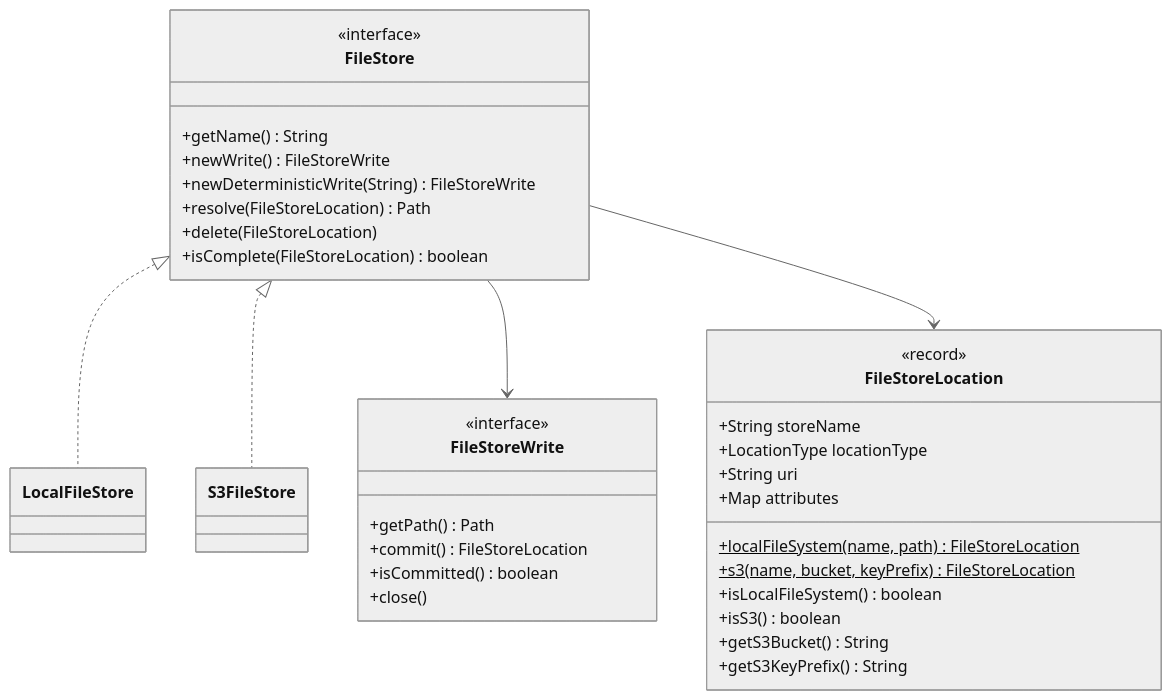
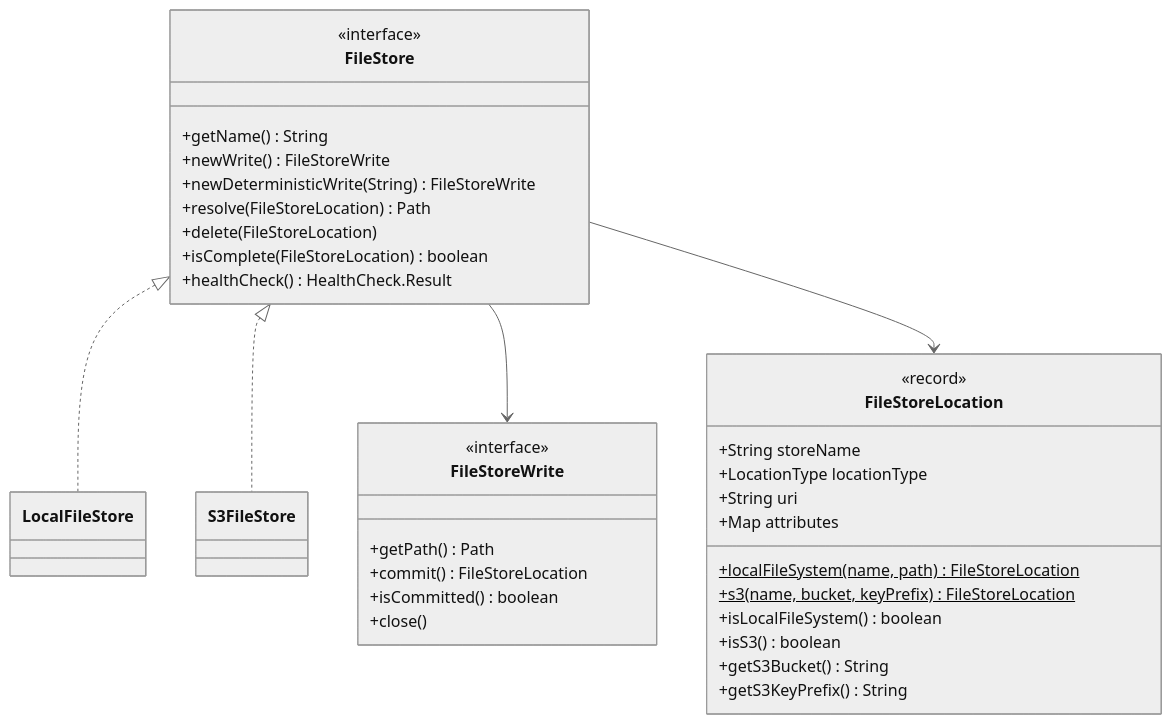
One commit to gchq/stroom changed the first of 10 diagrams in stroom-proxy/designs/detailed-design-file-stores.md. Above: the diagram before and after it, drawn with Mermaid (neutral theme). The commit also changed other lines of this file and 22 other files, not shown here.

````diff
--- a/stroom-proxy/designs/detailed-design-file-stores.md
+++ b/stroom-proxy/designs/detailed-design-file-stores.md
@@ -9,42 +9,43 @@
 ```mermaid
 classDiagram
     class FileStore {
         <<interface>>
         +getName() String
         +newWrite() FileStoreWrite
         +newDeterministicWrite(String) FileStoreWrite
         +resolve(FileStoreLocation) Path
         +delete(FileStoreLocation)
         +isComplete(FileStoreLocation) boolean
+        +healthCheck() HealthCheck.Result
     }
 
     class FileStoreWrite {
         <<interface>>
         +getPath() Path
         +commit() FileStoreLocation
         +isCommitted() boolean
         +close()
     }
 
     class FileStoreLocation {
         <<record>>
         +String storeName
         +LocationType locationType
         +String uri
         +Map attributes
         +localFileSystem(name, path)$ FileStoreLocation
         +s3(name, bucket, keyPrefix)$ FileStoreLocation
         +isLocalFileSystem() boolean
         +isS3() boolean
         +getS3Bucket() String
         +getS3KeyPrefix() String
     }
 
     class LocalFileStore
     class S3FileStore
 
     FileStore <|.. LocalFileStore
     FileStore <|.. S3FileStore
     FileStore --> FileStoreWrite
     FileStore --> FileStoreLocation
 ```
````
